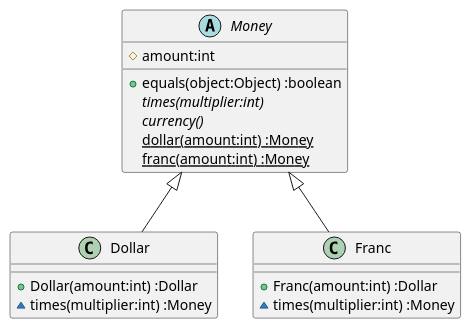
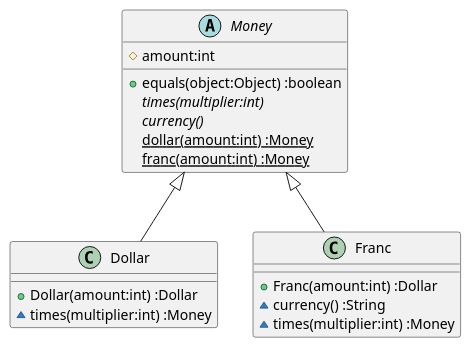
The diagram in docs/src/TDD.md (k2works/etude_for_java), drawn with PlantUML before and after one commit. The commit also changed 3 other files, not shown here.

````diff
--- a/docs/src/TDD.md
+++ b/docs/src/TDD.md
@@ -62,20 +62,21 @@
 ```puml
 class Dollar {
   +Dollar(amount:int) :Dollar
   ~times(multiplier:int) :Money
 }
 class Franc {
   +Franc(amount:int) :Dollar
+  ~currency() :String
   ~times(multiplier:int) :Money
 }
 abstract Money {
   #amount:int
   +equals(object:Object) :boolean  
   {abstract} times(multiplier:int)
   {abstract} currency()
   {static} dollar(amount:int) :Money
   {static} franc(amount:int) :Money  
 }
 Money <|-- Dollar
 Money <|-- Franc
 ```
````
